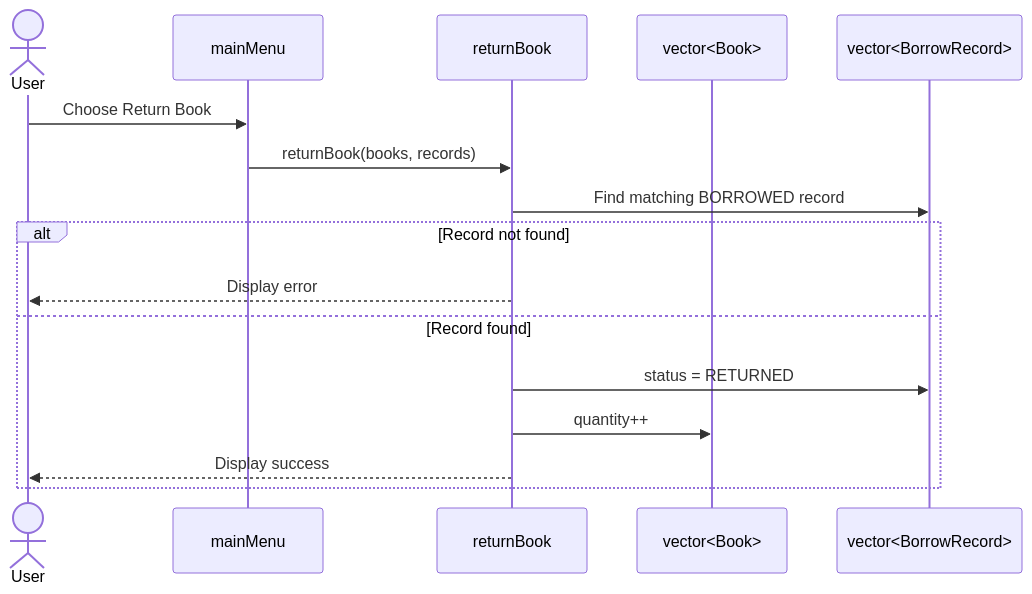
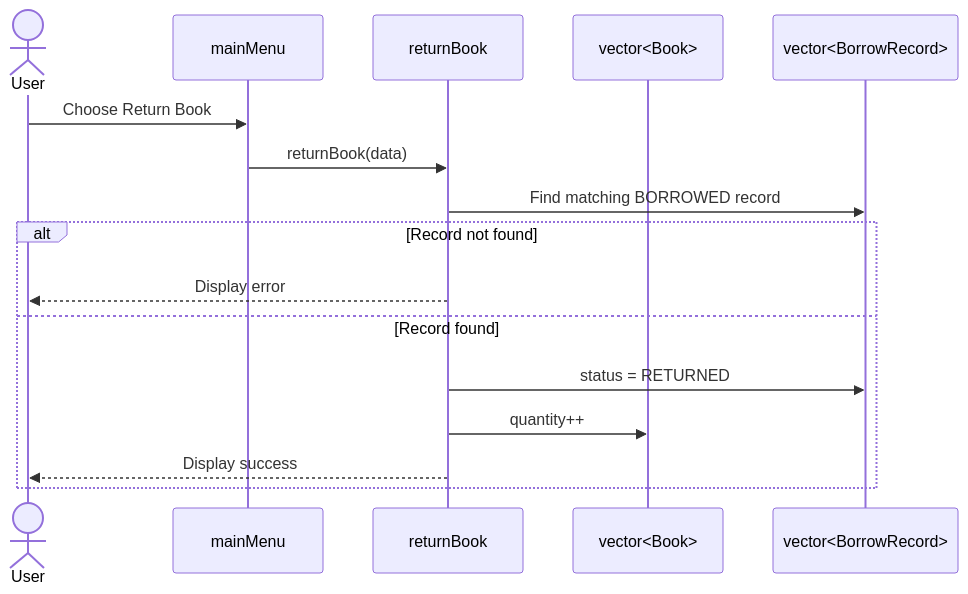
The fourth of 4 diagrams in ARCHITECTURE.md (yodawu28/library-management), drawn with Mermaid before and after one commit. The commit also changed other lines of this file and 5 other files, not shown here.

First line of the commit message:
feat(borrow): implement return flow with library data

````diff
--- a/ARCHITECTURE.md
+++ b/ARCHITECTURE.md
@@ -159,19 +173,19 @@
 ```mermaid
 sequenceDiagram
     actor U as User
     participant M as mainMenu
     participant R as returnBook
     participant Books as vector<Book>
     participant Records as vector<BorrowRecord>
 
     U->>M: Choose Return Book
-    M->>R: returnBook(books, records)
+    M->>R: returnBook(data)
     R->>Records: Find matching BORROWED record
     alt Record not found
         R-->>U: Display error
     else Record found
         R->>Records: status = RETURNED
         R->>Books: quantity++
         R-->>U: Display success
     end
 ```
````
